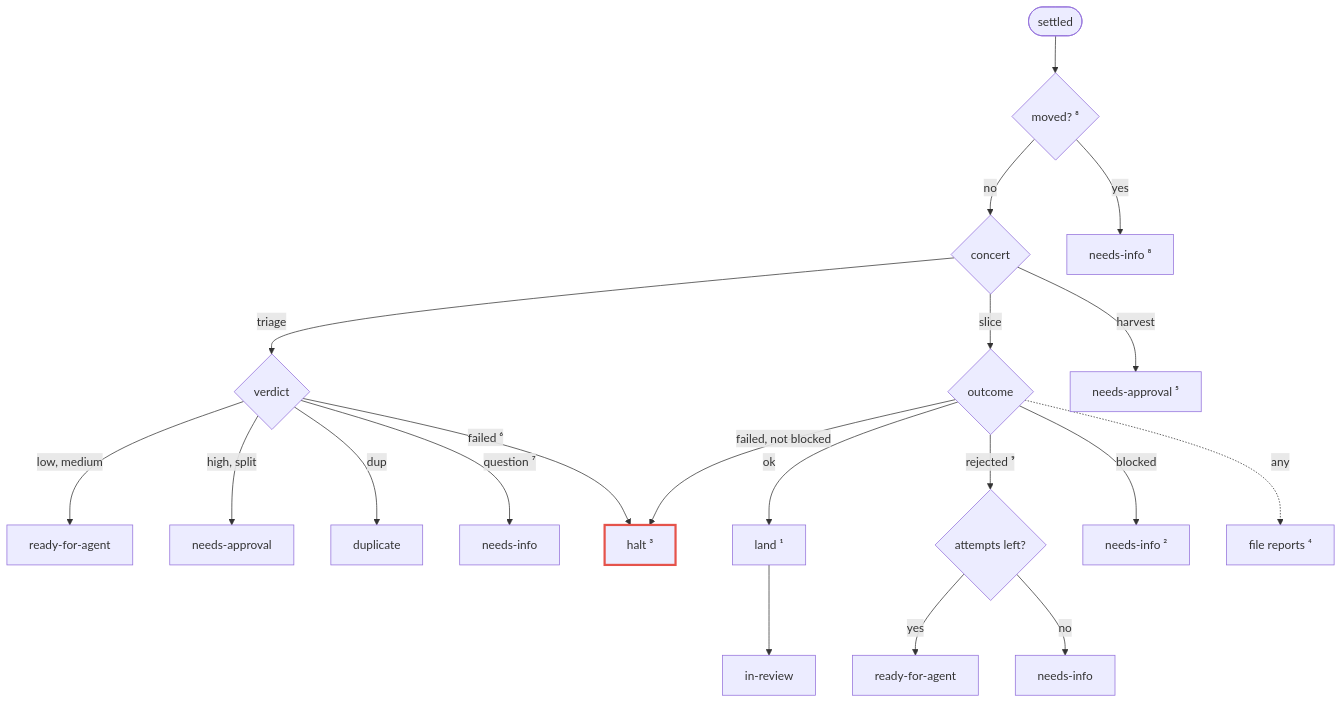
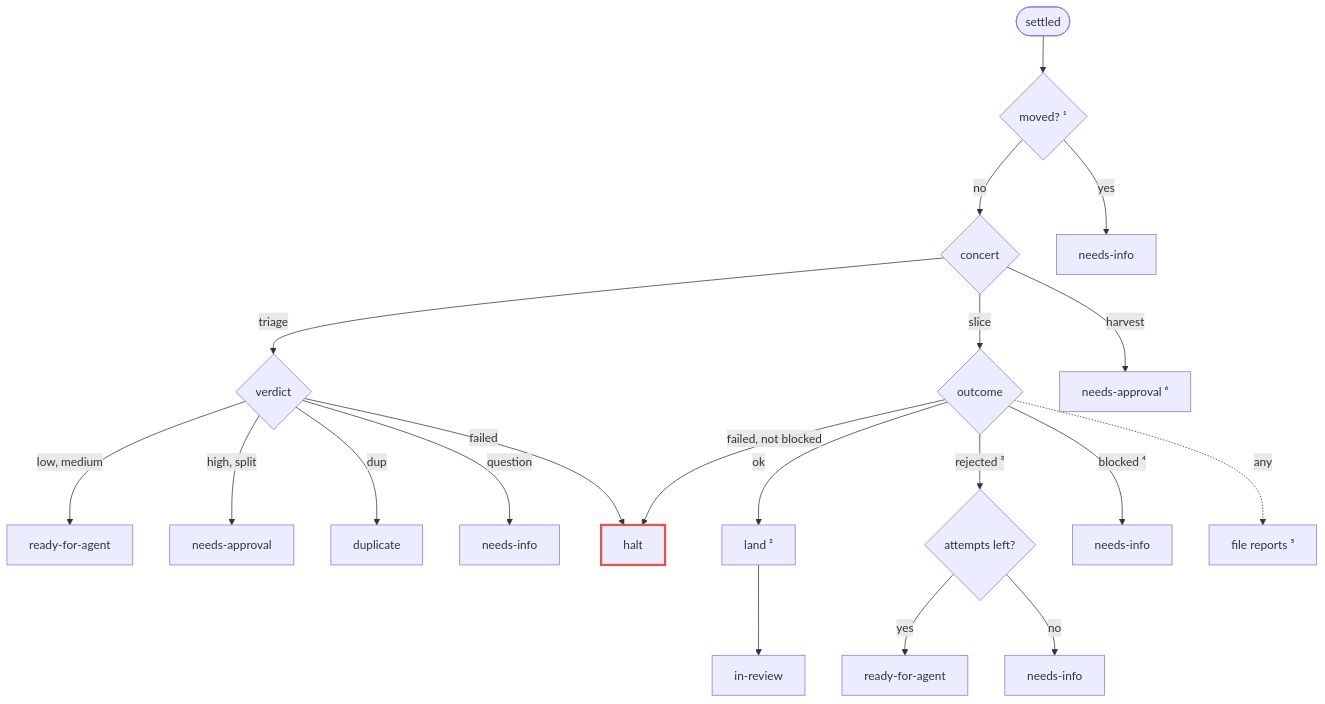
Before and after one commit to dvalnn/maestro: the fourth of 5 diagrams in docs/agents/factory.md, drawn with Mermaid. The commit also changed other lines of this file and 6 other files, not shown here.

Commit message:
docs(factory): chart the tour manager's state machine

````diff
--- a/docs/agents/factory.md
+++ b/docs/agents/factory.md
@@ -87,24 +128,24 @@
 ```mermaid
 flowchart TD
-    S(["settled"]) --> M{"moved? ⁸"}
+    S(["settled"]) --> M{"moved? ¹"}
     M -->|no| K{"concert"}
     K -->|triage| V{"verdict"}
     V -->|"low, medium"| RA["ready-for-agent"]
     V -->|"high, split"| NA["needs-approval"]
     V -->|dup| DU["duplicate"]
-    V -->|"question ⁷"| NI1["needs-info"]
-    V -->|"failed ⁶"| HALT
+    V -->|question| NI1["needs-info"]
+    V -->|failed| HALT
     K -->|slice| O{"outcome"}
-    O -->|ok| LAND["land ¹"] --> IR["in-review"]
-    O -->|"rejected ⁹"| A{"attempts left?"}
+    O -->|ok| LAND["land ²"] --> IR["in-review"]
+    O -->|"rejected ³"| A{"attempts left?"}
     A -->|yes| RA2["ready-for-agent"]
     A -->|no| NI2["needs-info"]
-    O -->|blocked| NI3["needs-info ²"]
-    O -->|"failed, not blocked"| HALT["halt ³"]
-    O -.->|any| REP["file reports ⁴"]
-    K -->|harvest| PR["needs-approval ⁵"]
-    M -->|yes| PK["needs-info ⁸"]
+    O -->|"blocked ⁴"| NI3["needs-info"]
+    O -->|"failed, not blocked"| HALT["halt"]
+    O -.->|any| REP["file reports ⁵"]
+    K -->|harvest| PR["needs-approval ⁶"]
+    M -->|yes| PK["needs-info"]
 
     classDef fault stroke:#e5534b,stroke-width:3px
     class HALT fault
 ```
````
